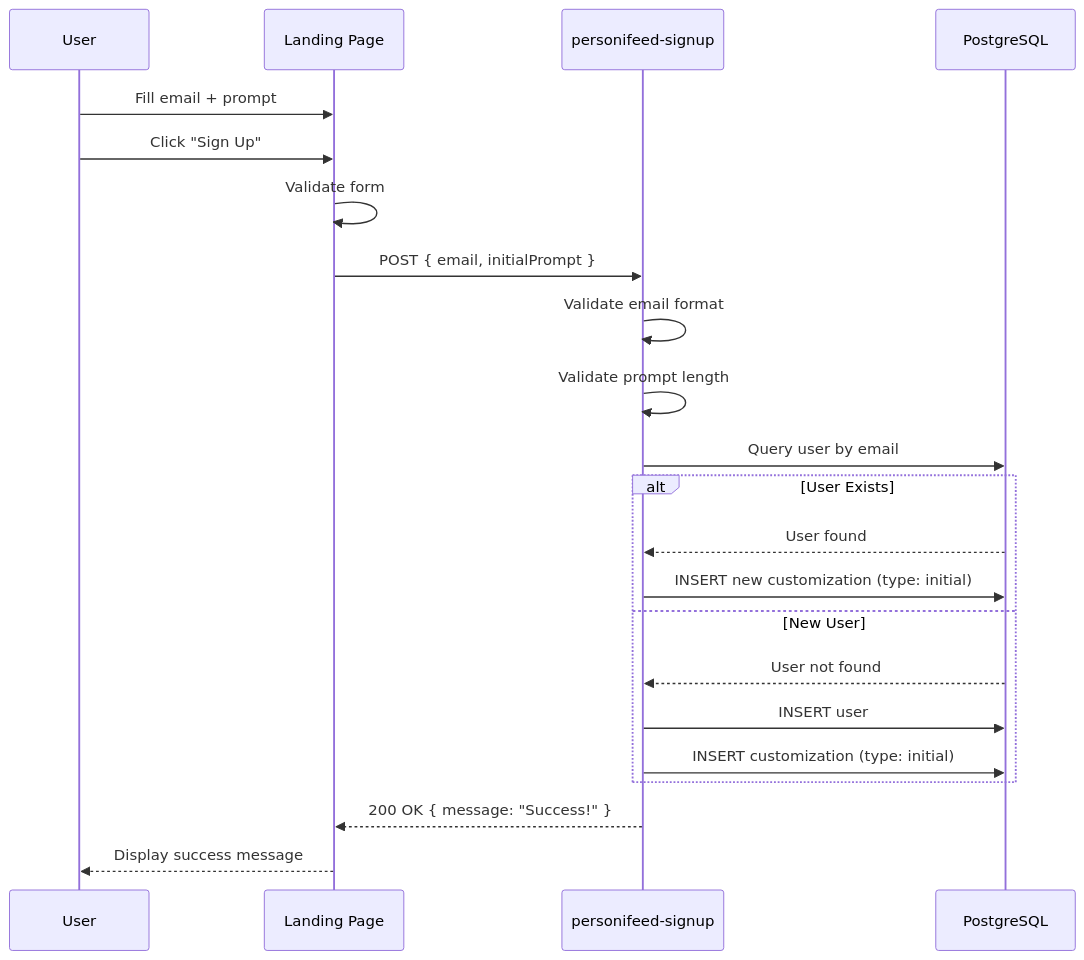
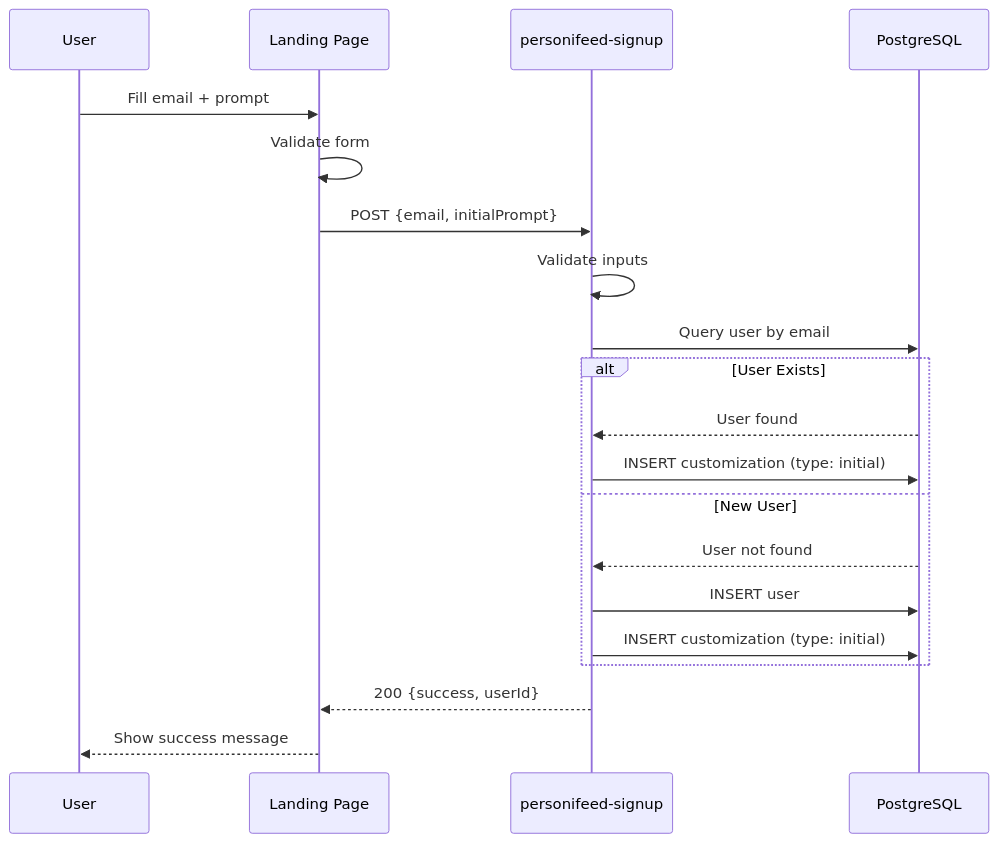
Before and after one commit to tgoc99/llmbox: the second of 4 diagrams in docs/personifeed-architecture.md, drawn with Mermaid. The commit also changed other lines of this file and 8 other files, not shown here.

````diff
--- a/docs/personifeed-architecture.md
+++ b/docs/personifeed-architecture.md
@@ -1022,28 +755,25 @@
 ```mermaid
 sequenceDiagram
     participant User
-    participant LandingPage as Landing Page
-    participant SignupFunc as personifeed-signup
-    participant Database as PostgreSQL
+    participant Landing as Landing Page
+    participant Signup as personifeed-signup
+    participant DB as PostgreSQL
 
-    User->>LandingPage: Fill email + prompt
-    User->>LandingPage: Click "Sign Up"
-    LandingPage->>LandingPage: Validate form
-    LandingPage->>SignupFunc: POST { email, initialPrompt }
-
-    SignupFunc->>SignupFunc: Validate email format
-    SignupFunc->>SignupFunc: Validate prompt length
-    SignupFunc->>Database: Query user by email
+    User->>Landing: Fill email + prompt
+    Landing->>Landing: Validate form
+    Landing->>Signup: POST {email, initialPrompt}
+    Signup->>Signup: Validate inputs
+    Signup->>DB: Query user by email
 
     alt User Exists
-        Database-->>SignupFunc: User found
-        SignupFunc->>Database: INSERT new customization (type: initial)
+        DB-->>Signup: User found
+        Signup->>DB: INSERT customization (type: initial)
     else New User
-        Database-->>SignupFunc: User not found
-        SignupFunc->>Database: INSERT user
-        SignupFunc->>Database: INSERT customization (type: initial)
+        DB-->>Signup: User not found
+        Signup->>DB: INSERT user
+        Signup->>DB: INSERT customization (type: initial)
     end
 
-    SignupFunc-->>LandingPage: 200 OK { message: "Success!" }
-    LandingPage-->>User: Display success message
+    Signup-->>Landing: 200 {success, userId}
+    Landing-->>User: Show success message
 ```
````
